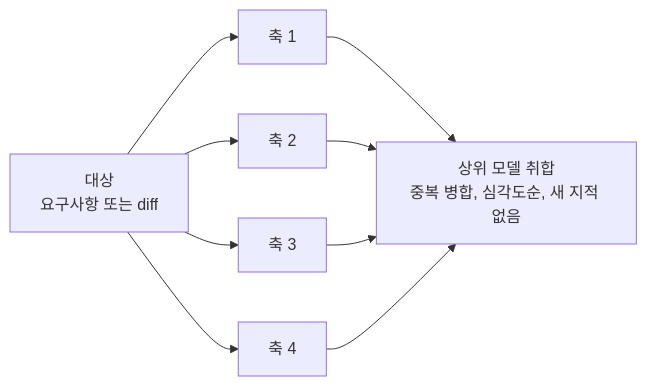
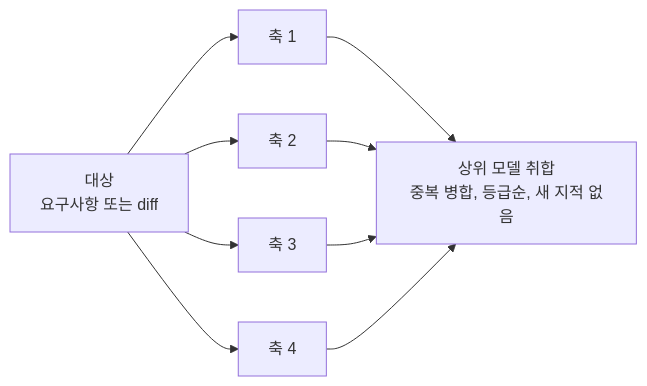
Before and after one commit to 1Dohyeon/claude-sync: the second of 2 diagrams in README.md, drawn with Mermaid. The commit also changed other lines of this file and 5 other files, not shown here.

````diff
--- a/README.md
+++ b/README.md
@@ -100,11 +100,11 @@
 ```mermaid
 flowchart LR
     IN["대상<br/>요구사항 또는 diff"] --> R1["축 1"]
     IN --> R2["축 2"]
     IN --> R3["축 3"]
     IN --> R4["축 4"]
-    R1 --> M["상위 모델 취합<br/>중복 병합, 심각도순, 새 지적 없음"]
+    R1 --> M["상위 모델 취합<br/>중복 병합, 등급순, 새 지적 없음"]
     R2 --> M
     R3 --> M
     R4 --> M
 ```
````
